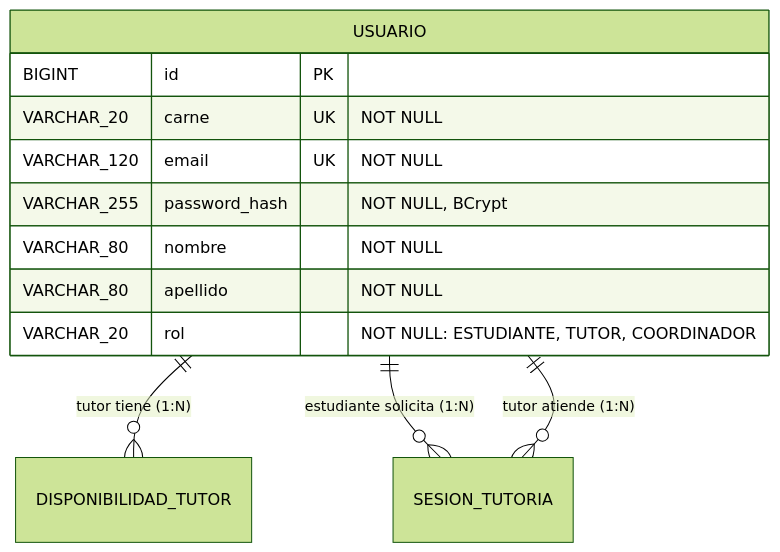
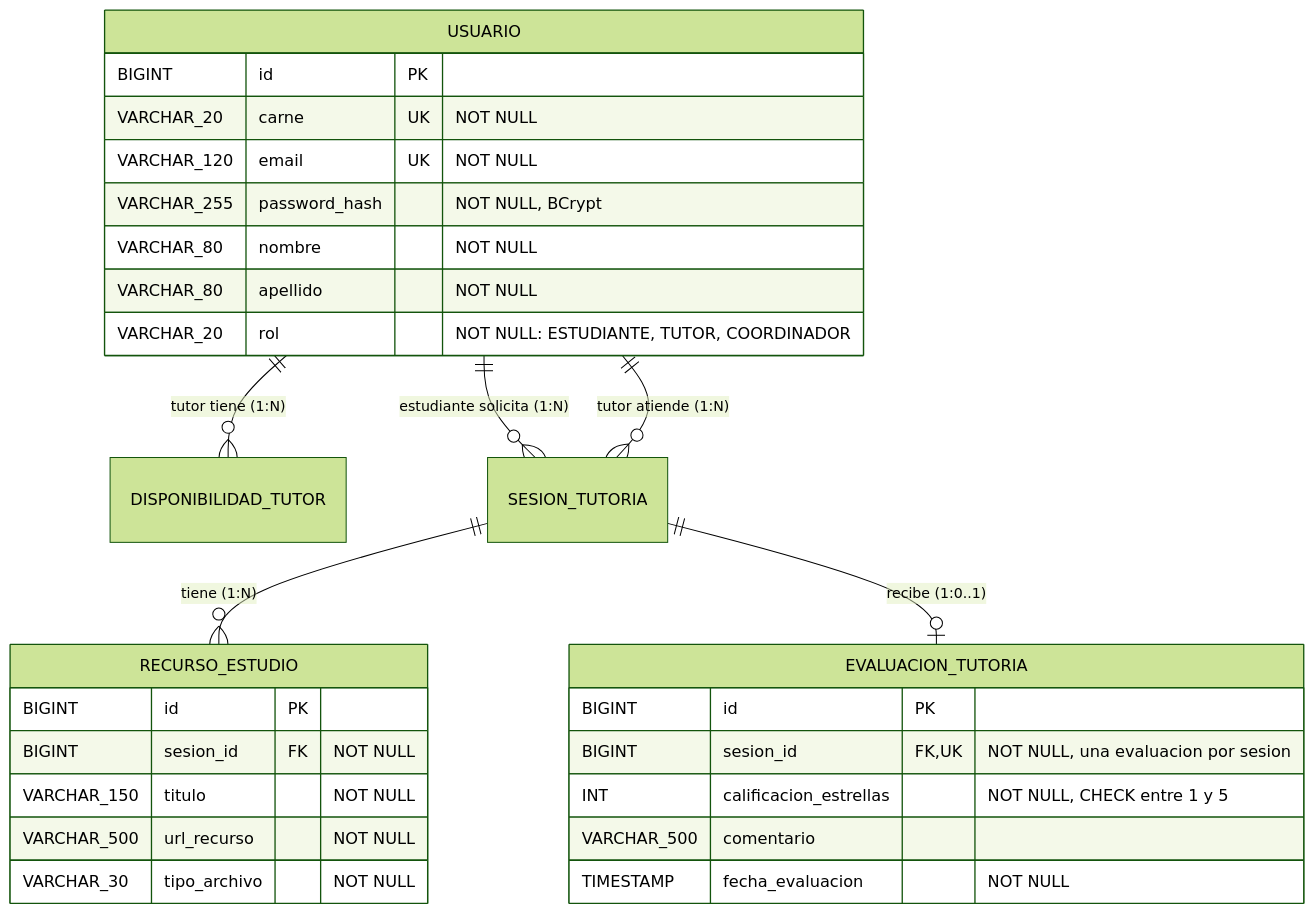
Before and after one commit to danielatames/dsw4-2026-equipo3-edumentor-backend: the diagram in docs/erd.md, drawn with Mermaid (forest theme). The commit also changed other lines of this file, not shown here.

Commit message:
docs: agregar RecursoEstudio y EvaluacionTutoria al ERD

````diff
--- a/docs/erd.md
+++ b/docs/erd.md
@@ -3,15 +3,31 @@
 ```mermaid
 erDiagram
     USUARIO {
         BIGINT id PK
         VARCHAR_20 carne UK "NOT NULL"
         VARCHAR_120 email UK "NOT NULL"
         VARCHAR_255 password_hash "NOT NULL, BCrypt"
         VARCHAR_80 nombre "NOT NULL"
         VARCHAR_80 apellido "NOT NULL"
         VARCHAR_20 rol "NOT NULL: ESTUDIANTE, TUTOR, COORDINADOR"
     }
+    RECURSO_ESTUDIO {
+        BIGINT id PK
+        BIGINT sesion_id FK "NOT NULL"
+        VARCHAR_150 titulo "NOT NULL"
+        VARCHAR_500 url_recurso "NOT NULL"
+        VARCHAR_30 tipo_archivo "NOT NULL"
+    }
+    EVALUACION_TUTORIA {
+        BIGINT id PK
+        BIGINT sesion_id FK,UK "NOT NULL, una evaluacion por sesion"
+        INT calificacion_estrellas "NOT NULL, CHECK entre 1 y 5"
+        VARCHAR_500 comentario
+        TIMESTAMP fecha_evaluacion "NOT NULL"
+    }
     USUARIO ||--o{ DISPONIBILIDAD_TUTOR : "tutor tiene (1:N)"
     USUARIO ||--o{ SESION_TUTORIA : "estudiante solicita (1:N)"
     USUARIO ||--o{ SESION_TUTORIA : "tutor atiende (1:N)"
+    SESION_TUTORIA ||--o{ RECURSO_ESTUDIO : "tiene (1:N)"
+    SESION_TUTORIA ||--o| EVALUACION_TUTORIA : "recibe (1:0..1)"
 ```
````
